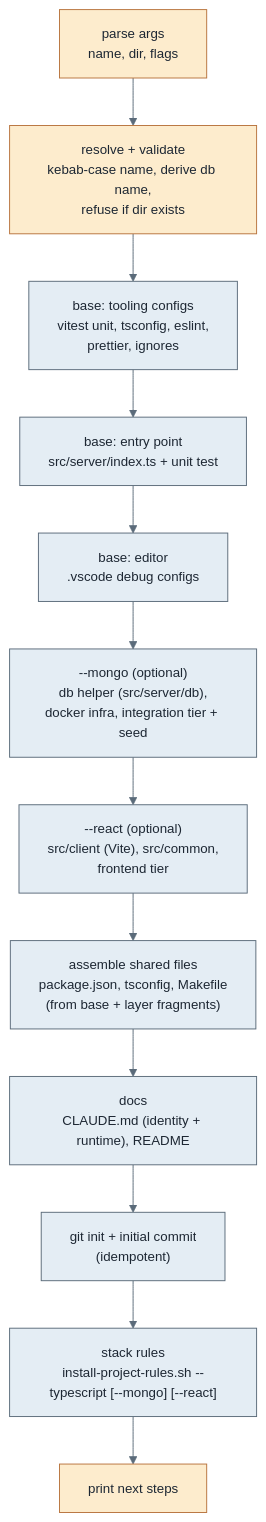
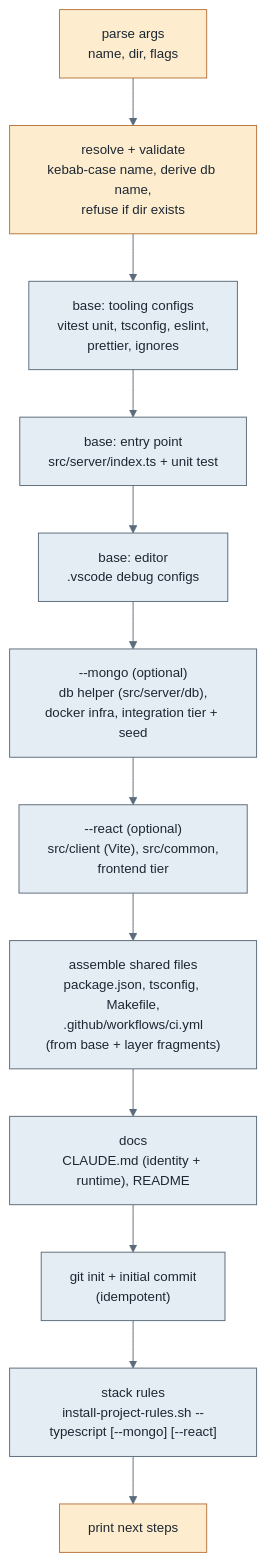
The second of 4 diagrams in docs/scripts.md (omerosaienni/agent-sdlc), drawn with Mermaid before and after one commit. The commit also changed other lines of this file and 9 other files, not shown here.

````diff
--- a/docs/scripts.md
+++ b/docs/scripts.md
@@ -81,20 +82,20 @@
 ```mermaid
 %%{init: {'theme':'base','themeVariables':{'primaryColor':'#e4edf4','primaryTextColor':'#1d2733','primaryBorderColor':'#5b6b7a','lineColor':'#5b6b7a','fontSize':'14px'}}}%%
 flowchart TD
     args["parse args<br/>name, dir, flags"] --> resolve["resolve + validate<br/>kebab-case name, derive db name,<br/>refuse if dir exists"]
     resolve --> tooling["base: tooling configs<br/>vitest unit, tsconfig, eslint,<br/>prettier, ignores"]
     tooling --> entry["base: entry point<br/>src/server/index.ts + unit test"]
     entry --> editor["base: editor<br/>.vscode debug configs"]
     editor --> mongo["--mongo (optional)<br/>db helper (src/server/db),<br/>docker infra, integration tier + seed"]
     mongo --> react["--react (optional)<br/>src/client (Vite), src/common,<br/>frontend tier"]
-    react --> build["assemble shared files<br/>package.json, tsconfig, Makefile<br/>(from base + layer fragments)"]
+    react --> build["assemble shared files<br/>package.json, tsconfig, Makefile,<br/>.github/workflows/ci.yml<br/>(from base + layer fragments)"]
     build --> docs["docs<br/>CLAUDE.md (identity + runtime), README"]
     docs --> git["git init + initial commit<br/>(idempotent)"]
     git --> rules["stack rules<br/>install-project-rules.sh --typescript [--mongo] [--react]"]
     rules --> done["print next steps"]
 
     classDef io fill:#fdeccd,stroke:#b8743d,color:#1d2733;
     classDef work fill:#e4edf4,stroke:#5b6b7a,color:#1d2733;
     class args,resolve,done io;
     class tooling,entry,editor,mongo,react,build,docs,git,rules work;
 ```
````
